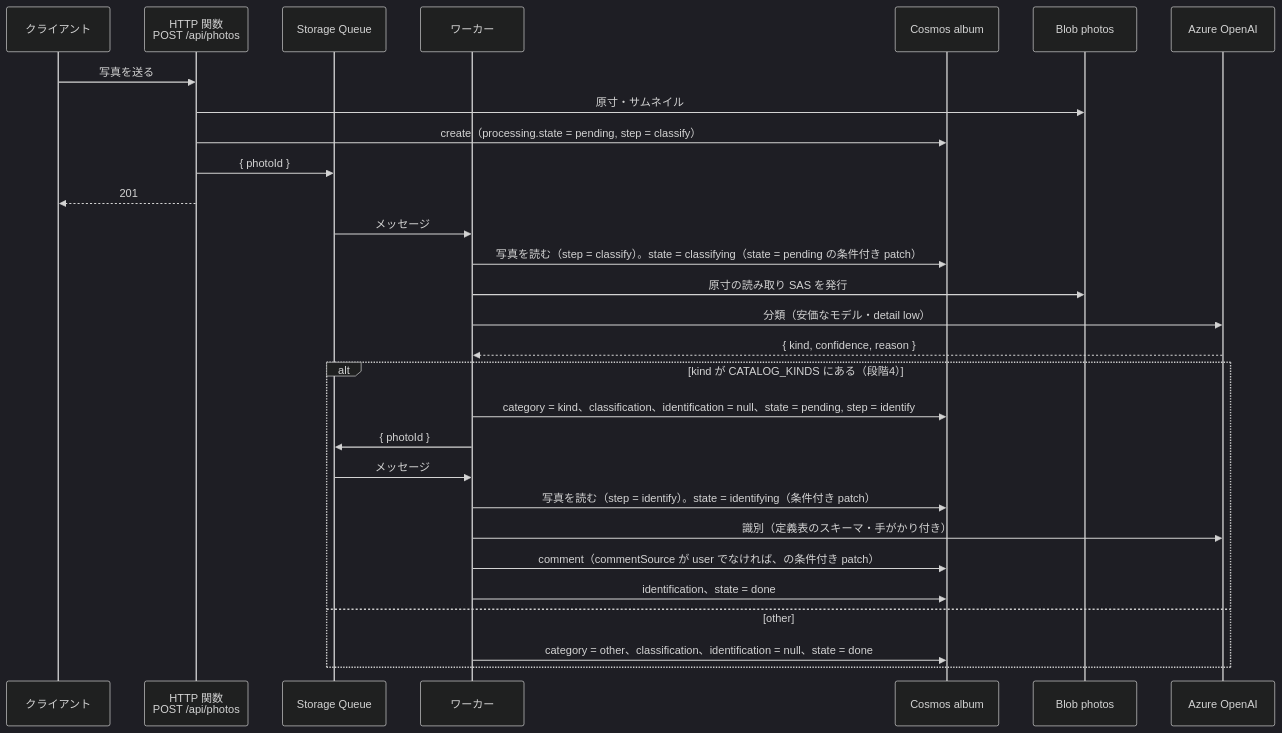
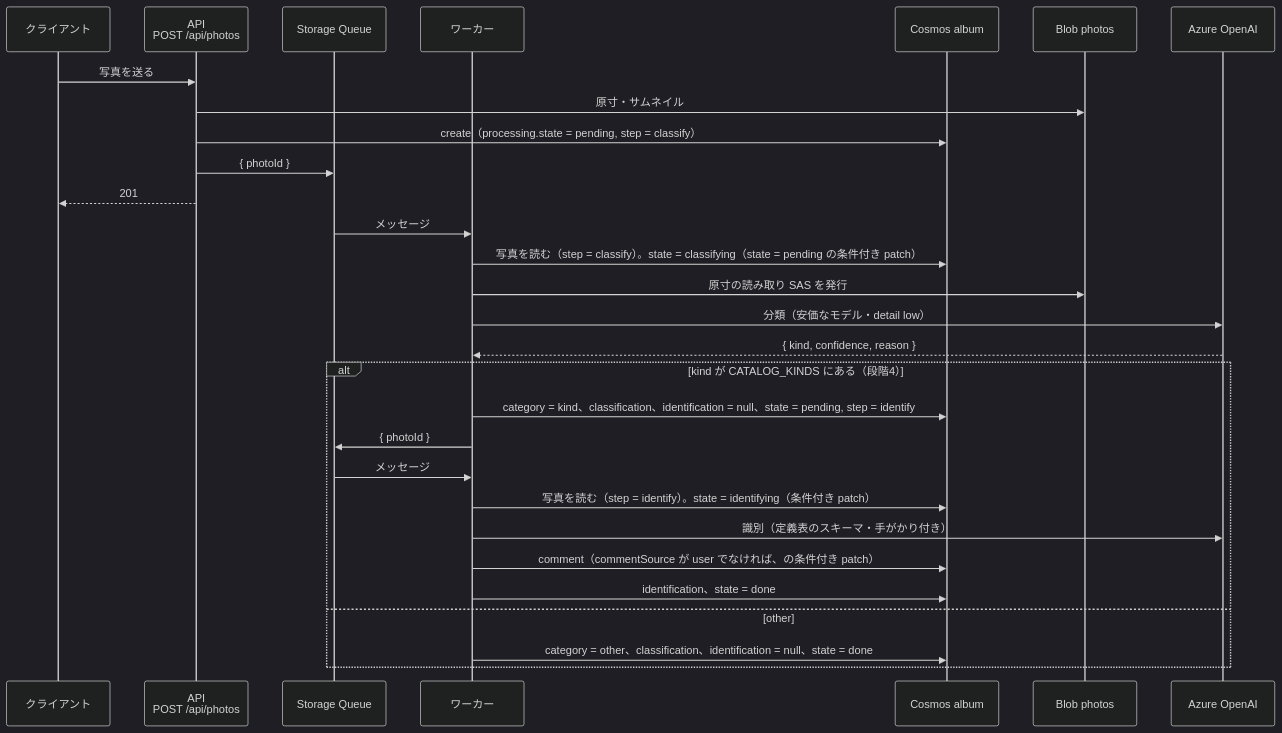
Before and after one commit to nmasashi/snaplant: the diagram in docs/travel-album/06_processing_design.md, drawn with Mermaid (dark theme). The commit also changed other lines of this file and 2 other files, not shown here.

First line of the commit message:
設計書の「HTTP 関数」を「API（Azure Functions）」に言い換える

````diff
--- a/docs/travel-album/06_processing_design.md
+++ b/docs/travel-album/06_processing_design.md
@@ -34,33 +34,33 @@
 ```mermaid
 sequenceDiagram
     participant C as クライアント
-    participant H as HTTP 関数<br/>POST /api/photos
+    participant H as API<br/>POST /api/photos
     participant Q as Storage Queue
     participant W as ワーカー
     participant DB as Cosmos album
     participant B as Blob photos
     participant AI as Azure OpenAI
 
     C->>H: 写真を送る
     H->>B: 原寸・サムネイル
     H->>DB: create（processing.state = pending, step = classify）
     H->>Q: { photoId }
     H-->>C: 201
 
     Q->>W: メッセージ
     W->>DB: 写真を読む（step = classify）。state = classifying（state = pending の条件付き patch）
     W->>B: 原寸の読み取り SAS を発行
     W->>AI: 分類（安価なモデル・detail low）
     AI-->>W: { kind, confidence, reason }
     alt kind が CATALOG_KINDS にある（段階4）
         W->>DB: category = kind、classification、identification = null、state = pending, step = identify
         W->>Q: { photoId }
         Q->>W: メッセージ
         W->>DB: 写真を読む（step = identify）。state = identifying（条件付き patch）
         W->>AI: 識別（定義表のスキーマ・手がかり付き）
         W->>DB: comment（commentSource が user でなければ、の条件付き patch）
         W->>DB: identification、state = done
     else other
         W->>DB: category = other、classification、identification = null、state = done
     end
 ```
````
